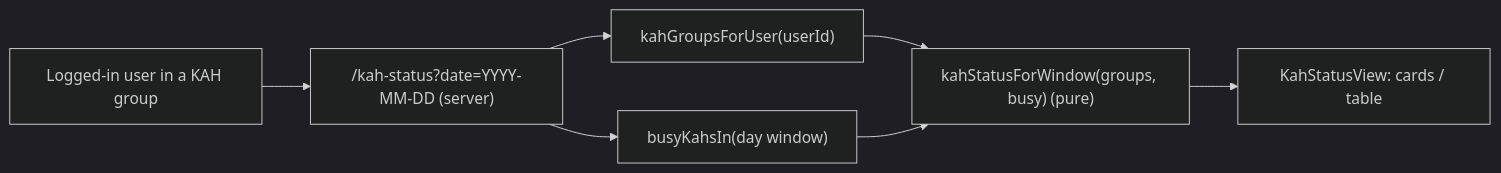
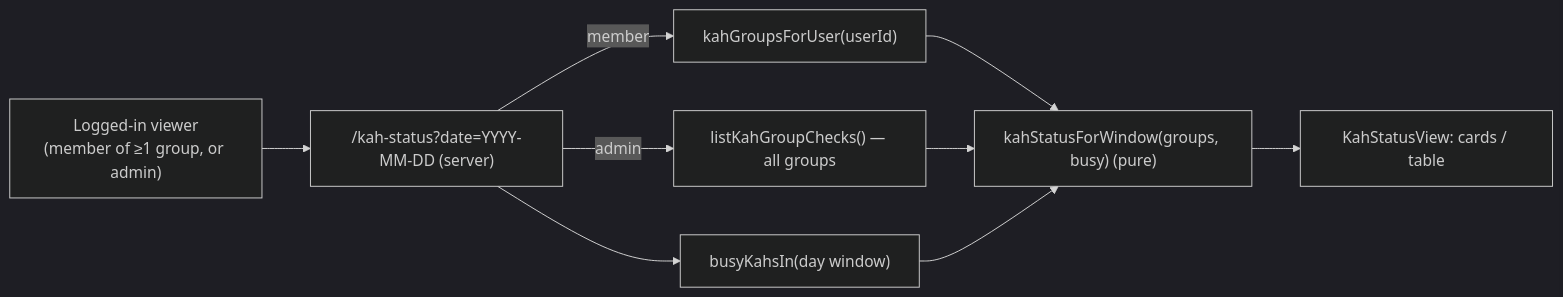
Before and after one commit to oncloudnintynineone-source/cloudy2: the fourth of 4 diagrams in docs/kah.md, drawn with Mermaid (dark theme). The commit also changed other lines of this file and 9 other files, not shown here.

Commit message:
KAH Status: admins always see the page with all groups

````diff
--- a/docs/kah.md
+++ b/docs/kah.md
@@ -198,9 +200,11 @@
 ```mermaid
 flowchart LR
-    U[Logged-in user in a KAH group] --> P["/kah-status?date=YYYY-MM-DD (server)"]
-    P --> G["kahGroupsForUser(userId)"]
+    U["Logged-in viewer<br/>(member of ≥1 group, or admin)"] --> P["/kah-status?date=YYYY-MM-DD (server)"]
+    P -- "member" --> G["kahGroupsForUser(userId)"]
+    P -- "admin" --> A["listKahGroupChecks() — all groups"]
     P --> B["busyKahsIn(day window)"]
     G --> S["kahStatusForWindow(groups, busy) (pure)"]
+    A --> S
     B --> S
     S --> V[KahStatusView: cards / table]
 ```
````
